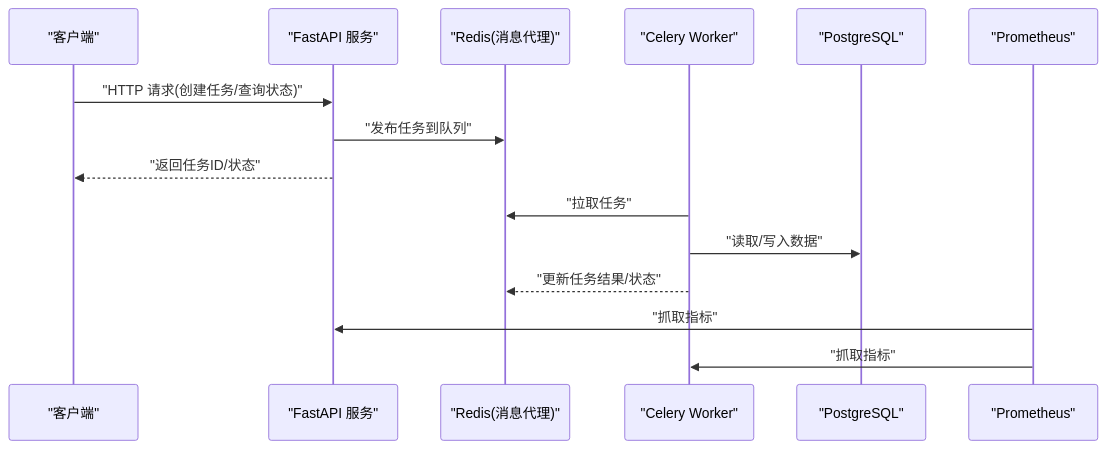
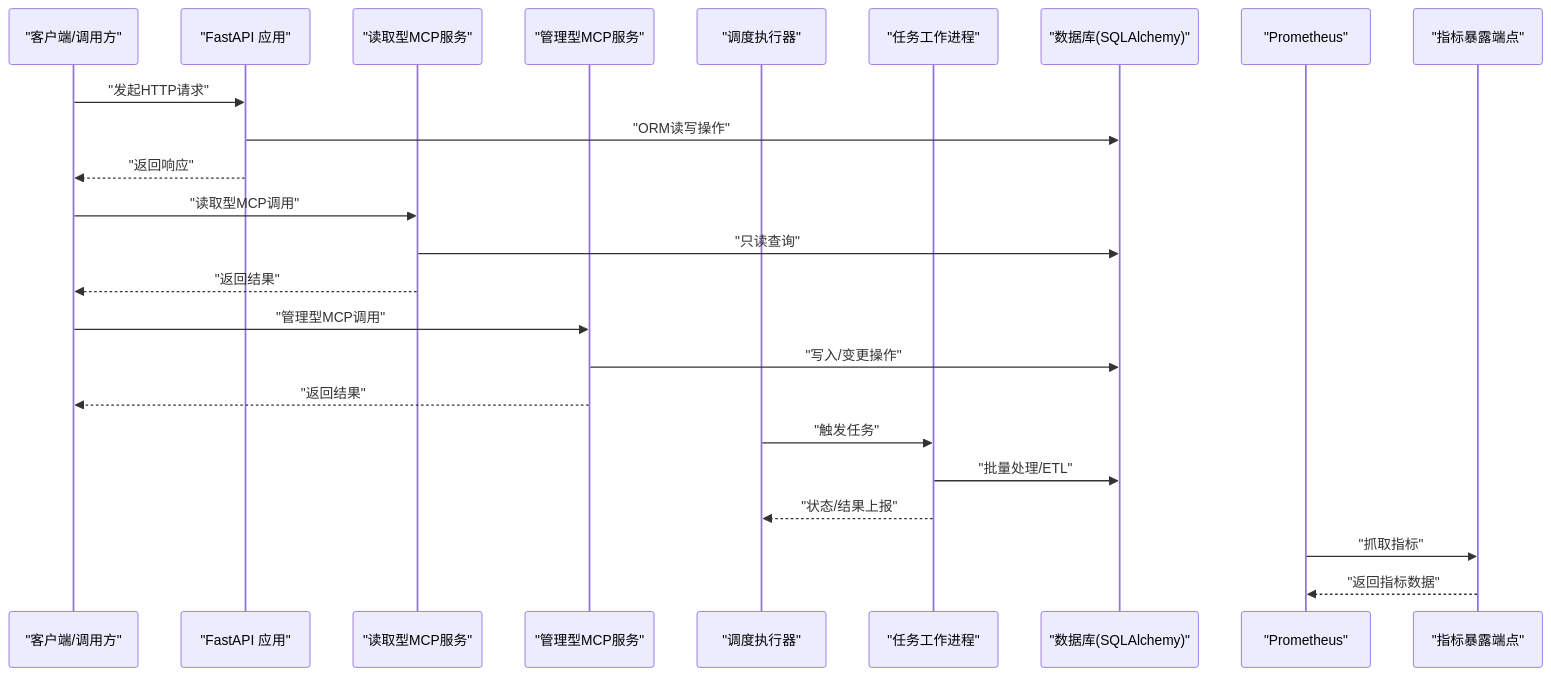
Before and after one commit to DeathLimbo/quan_mcp: the second of 7 diagrams in .qoder/repowiki/zh/content/项目概述/技术栈概览.md, drawn with Mermaid. The commit also changed other lines of this file and 238 other files, not shown here.

````diff
--- a/.qoder/repowiki/zh/content/项目概述/技术栈概览.md
+++ b/.qoder/repowiki/zh/content/项目概述/技术栈概览.md
@@ -132,17 +130,26 @@
 ```mermaid
 sequenceDiagram
-participant Client as "客户端"
-participant API as "FastAPI 服务"
-participant Queue as "Redis(消息代理)"
-participant Worker as "Celery Worker"
-participant DB as "PostgreSQL"
+participant Client as "客户端/调用方"
+participant API as "FastAPI 应用"
+participant ReadMCP as "读取型MCP服务"
+participant AdminMCP as "管理型MCP服务"
+participant Scheduler as "调度执行器"
+participant Worker as "任务工作进程"
+participant DB as "数据库(SQLAlchemy)"
 participant Prom as "Prometheus"
-Client->>API : "HTTP 请求(创建任务/查询状态)"
-API->>Queue : "发布任务到队列"
-API-->>Client : "返回任务ID/状态"
-Worker->>Queue : "拉取任务"
-Worker->>DB : "读取/写入数据"
-Worker-->>Queue : "更新任务结果/状态"
-Prom->>API : "抓取指标"
-Prom->>Worker : "抓取指标"
+participant Metrics as "指标暴露端点"
+Client->>API : "发起HTTP请求"
+API->>DB : "ORM读写操作"
+API-->>Client : "返回响应"
+Client->>ReadMCP : "读取型MCP调用"
+ReadMCP->>DB : "只读查询"
+ReadMCP-->>Client : "返回结果"
+Client->>AdminMCP : "管理型MCP调用"
+AdminMCP->>DB : "写入/变更操作"
+AdminMCP-->>Client : "返回结果"
+Scheduler->>Worker : "触发任务"
+Worker->>DB : "批量处理/ETL"
+Worker-->>Scheduler : "状态/结果上报"
+Prom->>Metrics : "抓取指标"
+Metrics-->>Prom : "返回指标数据"
 ```
````
